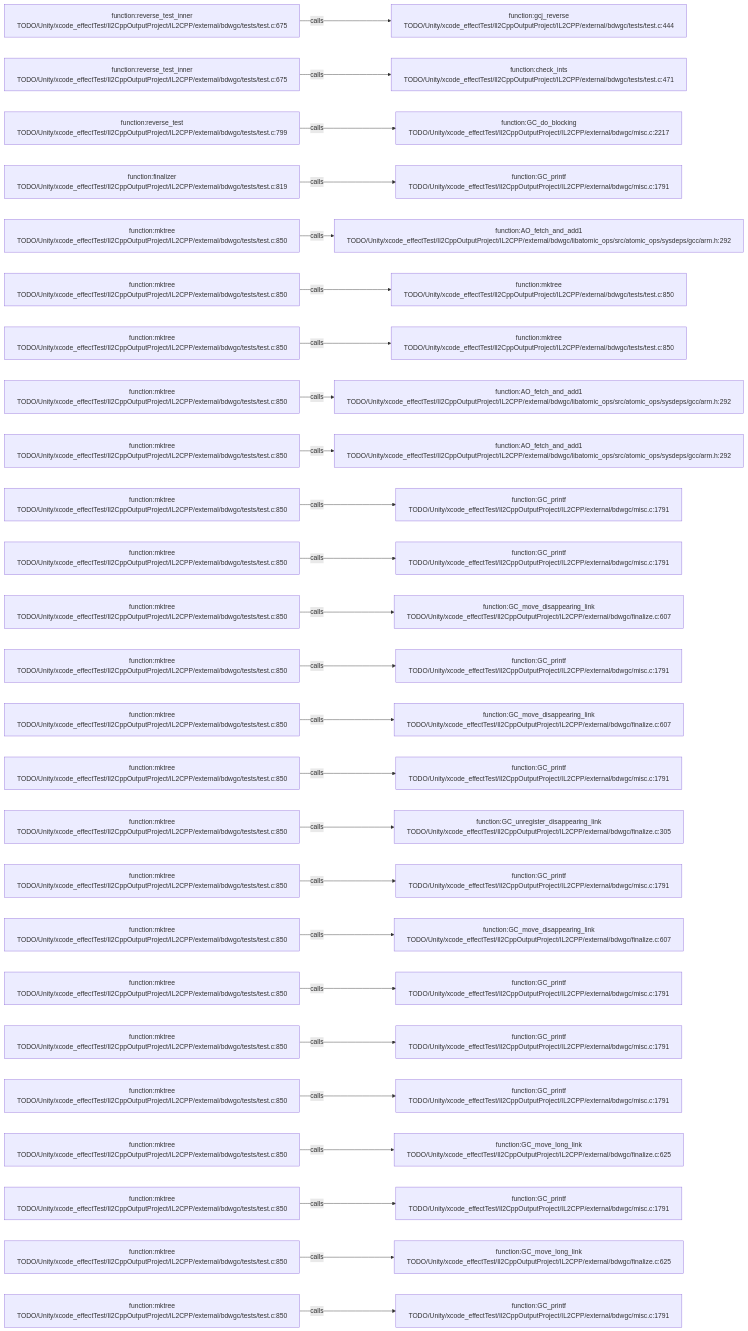
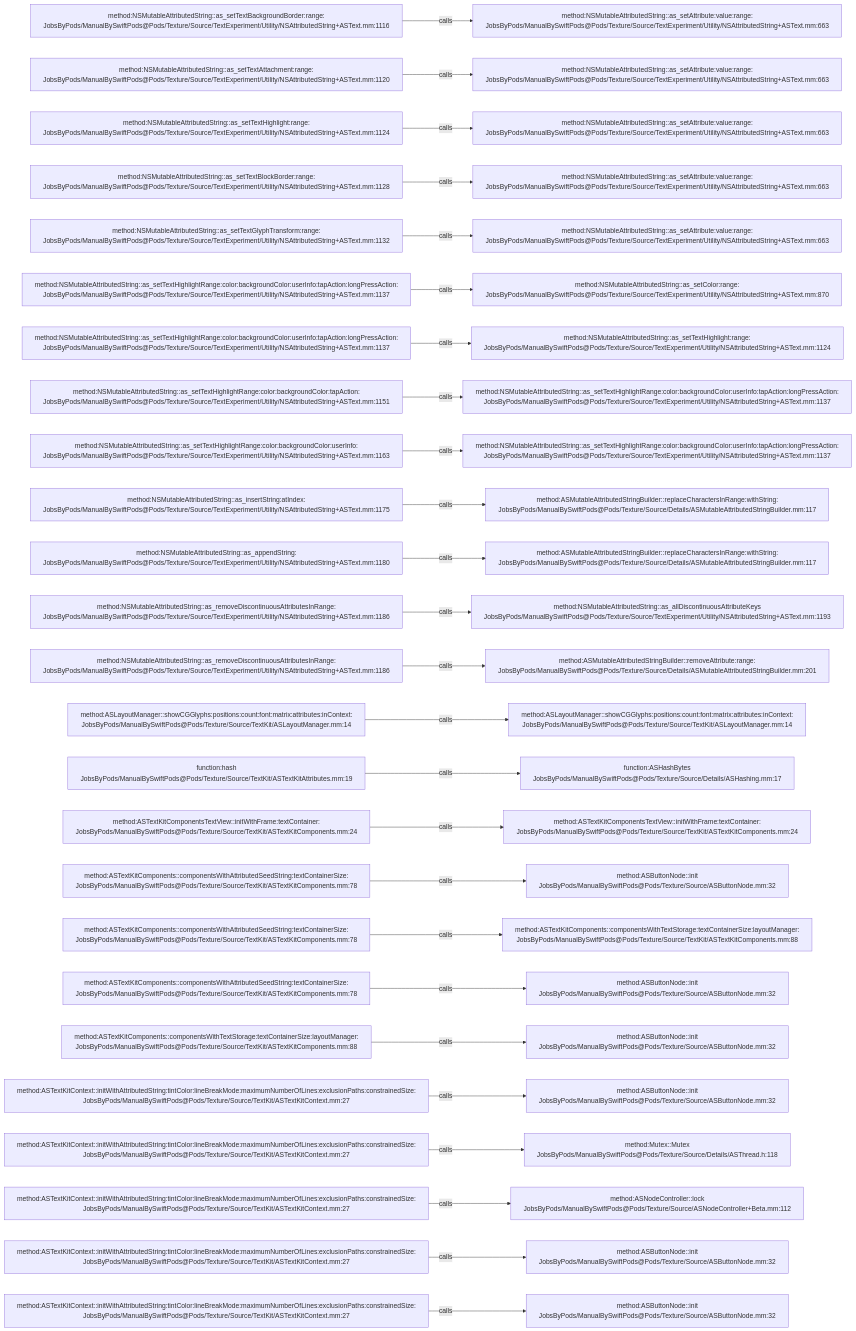
One commit to JobsKits/JobsSwiftBaseConfigDemo changed the diagram in .codegraph/codegraph.md/graphs/calls-166.md. Above: the diagram before and after it, drawn with Mermaid. The commit also changed 2959 other files, not shown here.

````diff
--- a/.codegraph/codegraph.md/graphs/calls-166.md
+++ b/.codegraph/codegraph.md/graphs/calls-166.md
@@ -13,78 +13,78 @@
 ```mermaid
 flowchart LR
-  S1["function:reverse_test_inner<br/>TODO/Unity/xcode_effectTest/Il2CppOutputProject/IL2CPP/external/bdwgc/tests/test.c:675"]
-  T1["function:gcj_reverse<br/>TODO/Unity/xcode_effectTest/Il2CppOutputProject/IL2CPP/external/bdwgc/tests/test.c:444"]
+  S1["method:NSMutableAttributedString::as_setTextBackgroundBorder:range:<br/>JobsByPods/ManualBySwiftPods@Pods/Texture/Source/TextExperiment/Utility/NSAttributedString+ASText.mm:1116"]
+  T1["method:NSMutableAttributedString::as_setAttribute:value:range:<br/>JobsByPods/ManualBySwiftPods@Pods/Texture/Source/TextExperiment/Utility/NSAttributedString+ASText.mm:663"]
   S1 -->|calls| T1
-  S2["function:reverse_test_inner<br/>TODO/Unity/xcode_effectTest/Il2CppOutputProject/IL2CPP/external/bdwgc/tests/test.c:675"]
-  T2["function:check_ints<br/>TODO/Unity/xcode_effectTest/Il2CppOutputProject/IL2CPP/external/bdwgc/tests/test.c:471"]
+  S2["method:NSMutableAttributedString::as_setTextAttachment:range:<br/>JobsByPods/ManualBySwiftPods@Pods/Texture/Source/TextExperiment/Utility/NSAttributedString+ASText.mm:1120"]
+  T2["method:NSMutableAttributedString::as_setAttribute:value:range:<br/>JobsByPods/ManualBySwiftPods@Pods/Texture/Source/TextExperiment/Utility/NSAttributedString+ASText.mm:663"]
   S2 -->|calls| T2
-  S3["function:reverse_test<br/>TODO/Unity/xcode_effectTest/Il2CppOutputProject/IL2CPP/external/bdwgc/tests/test.c:799"]
-  T3["function:GC_do_blocking<br/>TODO/Unity/xcode_effectTest/Il2CppOutputProject/IL2CPP/external/bdwgc/misc.c:2217"]
+  S3["method:NSMutableAttributedString::as_setTextHighlight:range:<br/>JobsByPods/ManualBySwiftPods@Pods/Texture/Source/TextExperiment/Utility/NSAttributedString+ASText.mm:1124"]
+  T3["method:NSMutableAttributedString::as_setAttribute:value:range:<br/>JobsByPods/ManualBySwiftPods@Pods/Texture/Source/TextExperiment/Utility/NSAttributedString+ASText.mm:663"]
   S3 -->|calls| T3
-  S4["function:finalizer<br/>TODO/Unity/xcode_effectTest/Il2CppOutputProject/IL2CPP/external/bdwgc/tests/test.c:819"]
-  T4["function:GC_printf<br/>TODO/Unity/xcode_effectTest/Il2CppOutputProject/IL2CPP/external/bdwgc/misc.c:1791"]
+  S4["method:NSMutableAttributedString::as_setTextBlockBorder:range:<br/>JobsByPods/ManualBySwiftPods@Pods/Texture/Source/TextExperiment/Utility/NSAttributedString+ASText.mm:1128"]
+  T4["method:NSMutableAttributedString::as_setAttribute:value:range:<br/>JobsByPods/ManualBySwiftPods@Pods/Texture/Source/TextExperiment/Utility/NSAttributedString+ASText.mm:663"]
   S4 -->|calls| T4
-  S5["function:mktree<br/>TODO/Unity/xcode_effectTest/Il2CppOutputProject/IL2CPP/external/bdwgc/tests/test.c:850"]
-  T5["function:AO_fetch_and_add1<br/>TODO/Unity/xcode_effectTest/Il2CppOutputProject/IL2CPP/external/bdwgc/libatomic_ops/src/atomic_ops/sysdeps/gcc/arm.h:292"]
+  S5["method:NSMutableAttributedString::as_setTextGlyphTransform:range:<br/>JobsByPods/ManualBySwiftPods@Pods/Texture/Source/TextExperiment/Utility/NSAttributedString+ASText.mm:1132"]
+  T5["method:NSMutableAttributedString::as_setAttribute:value:range:<br/>JobsByPods/ManualBySwiftPods@Pods/Texture/Source/TextExperiment/Utility/NSAttributedString+ASText.mm:663"]
   S5 -->|calls| T5
-  S6["function:mktree<br/>TODO/Unity/xcode_effectTest/Il2CppOutputProject/IL2CPP/external/bdwgc/tests/test.c:850"]
-  T6["function:mktree<br/>TODO/Unity/xcode_effectTest/Il2CppOutputProject/IL2CPP/external/bdwgc/tests/test.c:850"]
+  S6["method:NSMutableAttributedString::as_setTextHighlightRange:color:backgroundColor:userInfo:tapAction:longPressAction:<br/>JobsByPods/ManualBySwiftPods@Pods/Texture/Source/TextExperiment/Utility/NSAttributedString+ASText.mm:1137"]
+  T6["method:NSMutableAttributedString::as_setColor:range:<br/>JobsByPods/ManualBySwiftPods@Pods/Texture/Source/TextExperiment/Utility/NSAttributedString+ASText.mm:870"]
   S6 -->|calls| T6
-  S7["function:mktree<br/>TODO/Unity/xcode_effectTest/Il2CppOutputProject/IL2CPP/external/bdwgc/tests/test.c:850"]
-  T7["function:mktree<br/>TODO/Unity/xcode_effectTest/Il2CppOutputProject/IL2CPP/external/bdwgc/tests/test.c:850"]
+  S7["method:NSMutableAttributedString::as_setTextHighlightRange:color:backgroundColor:userInfo:tapAction:longPressAction:<br/>JobsByPods/ManualBySwiftPods@Pods/Texture/Source/TextExperiment/Utility/NSAttributedString+ASText.mm:1137"]
+  T7["method:NSMutableAttributedString::as_setTextHighlight:range:<br/>JobsByPods/ManualBySwiftPods@Pods/Texture/Source/TextExperiment/Utility/NSAttributedString+ASText.mm:1124"]
   S7 -->|calls| T7
-  S8["function:mktree<br/>TODO/Unity/xcode_effectTest/Il2CppOutputProject/IL2CPP/external/bdwgc/tests/test.c:850"]
-  T8["function:AO_fetch_and_add1<br/>TODO/Unity/xcode_effectTest/Il2CppOutputProject/IL2CPP/external/bdwgc/libatomic_ops/src/atomic_ops/sysdeps/gcc/arm.h:292"]
+  S8["method:NSMutableAttributedString::as_setTextHighlightRange:color:backgroundColor:tapAction:<br/>JobsByPods/ManualBySwiftPods@Pods/Texture/Source/TextExperiment/Utility/NSAttributedString+ASText.mm:1151"]
+  T8["method:NSMutableAttributedString::as_setTextHighlightRange:color:backgroundColor:userInfo:tapAction:longPressAction:<br/>JobsByPods/ManualBySwiftPods@Pods/Texture/Source/TextExperiment/Utility/NSAttributedString+ASText.mm:1137"]
   S8 -->|calls| T8
-  S9["function:mktree<br/>TODO/Unity/xcode_effectTest/Il2CppOutputProject/IL2CPP/external/bdwgc/tests/test.c:850"]
-  T9["function:AO_fetch_and_add1<br/>TODO/Unity/xcode_effectTest/Il2CppOutputProject/IL2CPP/external/bdwgc/libatomic_ops/src/atomic_ops/sysdeps/gcc/arm.h:292"]
+  S9["method:NSMutableAttributedString::as_setTextHighlightRange:color:backgroundColor:userInfo:<br/>JobsByPods/ManualBySwiftPods@Pods/Texture/Source/TextExperiment/Utility/NSAttributedString+ASText.mm:1163"]
+  T9["method:NSMutableAttributedString::as_setTextHighlightRange:color:backgroundColor:userInfo:tapAction:longPressAction:<br/>JobsByPods/ManualBySwiftPods@Pods/Texture/Source/TextExperiment/Utility/NSAttributedString+ASText.mm:1137"]
   S9 -->|calls| T9
-  S10["function:mktree<br/>TODO/Unity/xcode_effectTest/Il2CppOutputProject/IL2CPP/external/bdwgc/tests/test.c:850"]
-  T10["function:GC_printf<br/>TODO/Unity/xcode_effectTest/Il2CppOutputProject/IL2CPP/external/bdwgc/misc.c:1791"]
+  S10["method:NSMutableAttributedString::as_insertString:atIndex:<br/>JobsByPods/ManualBySwiftPods@Pods/Texture/Source/TextExperiment/Utility/NSAttributedString+ASText.mm:1175"]
+  T10["method:ASMutableAttributedStringBuilder::replaceCharactersInRange:withString:<br/>JobsByPods/ManualBySwiftPods@Pods/Texture/Source/Details/ASMutableAttributedStringBuilder.mm:117"]
   S10 -->|calls| T10
-  S11["function:mktree<br/>TODO/Unity/xcode_effectTest/Il2CppOutputProject/IL2CPP/external/bdwgc/tests/test.c:850"]
-  T11["function:GC_printf<br/>TODO/Unity/xcode_effectTest/Il2CppOutputProject/IL2CPP/external/bdwgc/misc.c:1791"]
+  S11["method:NSMutableAttributedString::as_appendString:<br/>JobsByPods/ManualBySwiftPods@Pods/Texture/Source/TextExperiment/Utility/NSAttributedString+ASText.mm:1180"]
+  T11["method:ASMutableAttributedStringBuilder::replaceCharactersInRange:withString:<br/>JobsByPods/ManualBySwiftPods@Pods/Texture/Source/Details/ASMutableAttributedStringBuilder.mm:117"]
   S11 -->|calls| T11
-  S12["function:mktree<br/>TODO/Unity/xcode_effectTest/Il2CppOutputProject/IL2CPP/external/bdwgc/tests/test.c:850"]
-  T12["function:GC_move_disappearing_link<br/>TODO/Unity/xcode_effectTest/Il2CppOutputProject/IL2CPP/external/bdwgc/finalize.c:607"]
+  S12["method:NSMutableAttributedString::as_removeDiscontinuousAttributesInRange:<br/>JobsByPods/ManualBySwiftPods@Pods/Texture/Source/TextExperiment/Utility/NSAttributedString+ASText.mm:1186"]
+  T12["method:NSMutableAttributedString::as_allDiscontinuousAttributeKeys<br/>JobsByPods/ManualBySwiftPods@Pods/Texture/Source/TextExperiment/Utility/NSAttributedString+ASText.mm:1193"]
   S12 -->|calls| T12
-  S13["function:mktree<br/>TODO/Unity/xcode_effectTest/Il2CppOutputProject/IL2CPP/external/bdwgc/tests/test.c:850"]
-  T13["function:GC_printf<br/>TODO/Unity/xcode_effectTest/Il2CppOutputProject/IL2CPP/external/bdwgc/misc.c:1791"]
+  S13["method:NSMutableAttributedString::as_removeDiscontinuousAttributesInRange:<br/>JobsByPods/ManualBySwiftPods@Pods/Texture/Source/TextExperiment/Utility/NSAttributedString+ASText.mm:1186"]
+  T13["method:ASMutableAttributedStringBuilder::removeAttribute:range:<br/>JobsByPods/ManualBySwiftPods@Pods/Texture/Source/Details/ASMutableAttributedStringBuilder.mm:201"]
   S13 -->|calls| T13
-  S14["function:mktree<br/>TODO/Unity/xcode_effectTest/Il2CppOutputProject/IL2CPP/external/bdwgc/tests/test.c:850"]
-  T14["function:GC_move_disappearing_link<br/>TODO/Unity/xcode_effectTest/Il2CppOutputProject/IL2CPP/external/bdwgc/finalize.c:607"]
+  S14["method:ASLayoutManager::showCGGlyphs:positions:count:font:matrix:attributes:inContext:<br/>JobsByPods/ManualBySwiftPods@Pods/Texture/Source/TextKit/ASLayoutManager.mm:14"]
+  T14["method:ASLayoutManager::showCGGlyphs:positions:count:font:matrix:attributes:inContext:<br/>JobsByPods/ManualBySwiftPods@Pods/Texture/Source/TextKit/ASLayoutManager.mm:14"]
   S14 -->|calls| T14
-  S15["function:mktree<br/>TODO/Unity/xcode_effectTest/Il2CppOutputProject/IL2CPP/external/bdwgc/tests/test.c:850"]
-  T15["function:GC_printf<br/>TODO/Unity/xcode_effectTest/Il2CppOutputProject/IL2CPP/external/bdwgc/misc.c:1791"]
+  S15["function:hash<br/>JobsByPods/ManualBySwiftPods@Pods/Texture/Source/TextKit/ASTextKitAttributes.mm:19"]
+  T15["function:ASHashBytes<br/>JobsByPods/ManualBySwiftPods@Pods/Texture/Source/Details/ASHashing.mm:17"]
   S15 -->|calls| T15
-  S16["function:mktree<br/>TODO/Unity/xcode_effectTest/Il2CppOutputProject/IL2CPP/external/bdwgc/tests/test.c:850"]
-  T16["function:GC_unregister_disappearing_link<br/>TODO/Unity/xcode_effectTest/Il2CppOutputProject/IL2CPP/external/bdwgc/finalize.c:305"]
+  S16["method:ASTextKitComponentsTextView::initWithFrame:textContainer:<br/>JobsByPods/ManualBySwiftPods@Pods/Texture/Source/TextKit/ASTextKitComponents.mm:24"]
+  T16["method:ASTextKitComponentsTextView::initWithFrame:textContainer:<br/>JobsByPods/ManualBySwiftPods@Pods/Texture/Source/TextKit/ASTextKitComponents.mm:24"]
   S16 -->|calls| T16
-  S17["function:mktree<br/>TODO/Unity/xcode_effectTest/Il2CppOutputProject/IL2CPP/external/bdwgc/tests/test.c:850"]
-  T17["function:GC_printf<br/>TODO/Unity/xcode_effectTest/Il2CppOutputProject/IL2CPP/external/bdwgc/misc.c:1791"]
+  S17["method:ASTextKitComponents::componentsWithAttributedSeedString:textContainerSize:<br/>JobsByPods/ManualBySwiftPods@Pods/Texture/Source/TextKit/ASTextKitComponents.mm:78"]
+  T17["method:ASButtonNode::init<br/>JobsByPods/ManualBySwiftPods@Pods/Texture/Source/ASButtonNode.mm:32"]
   S17 -->|calls| T17
-  S18["function:mktree<br/>TODO/Unity/xcode_effectTest/Il2CppOutputProject/IL2CPP/external/bdwgc/tests/test.c:850"]
-  T18["function:GC_move_disappearing_link<br/>TODO/Unity/xcode_effectTest/Il2CppOutputProject/IL2CPP/external/bdwgc/finalize.c:607"]
+  S18["method:ASTextKitComponents::componentsWithAttributedSeedString:textContainerSize:<br/>JobsByPods/ManualBySwiftPods@Pods/Texture/Source/TextKit/ASTextKitComponents.mm:78"]
+  T18["method:ASTextKitComponents::componentsWithTextStorage:textContainerSize:layoutManager:<br/>JobsByPods/ManualBySwiftPods@Pods/Texture/Source/TextKit/ASTextKitComponents.mm:88"]
   S18 -->|calls| T18
-  S19["function:mktree<br/>TODO/Unity/xcode_effectTest/Il2CppOutputProject/IL2CPP/external/bdwgc/tests/test.c:850"]
-  T19["function:GC_printf<br/>TODO/Unity/xcode_effectTest/Il2CppOutputProject/IL2CPP/external/bdwgc/misc.c:1791"]
+  S19["method:ASTextKitComponents::componentsWithAttributedSeedString:textContainerSize:<br/>JobsByPods/ManualBySwiftPods@Pods/Texture/Source/TextKit/ASTextKitComponents.mm:78"]
+  T19["method:ASButtonNode::init<br/>JobsByPods/ManualBySwiftPods@Pods/Texture/Source/ASButtonNode.mm:32"]
   S19 -->|calls| T19
-  S20["function:mktree<br/>TODO/Unity/xcode_effectTest/Il2CppOutputProject/IL2CPP/external/bdwgc/tests/test.c:850"]
-  T20["function:GC_printf<br/>TODO/Unity/xcode_effectTest/Il2CppOutputProject/IL2CPP/external/bdwgc/misc.c:1791"]
+  S20["method:ASTextKitComponents::componentsWithTextStorage:textContainerSize:layoutManager:<br/>JobsByPods/ManualBySwiftPods@Pods/Texture/Source/TextKit/ASTextKitComponents.mm:88"]
+  T20["method:ASButtonNode::init<br/>JobsByPods/ManualBySwiftPods@Pods/Texture/Source/ASButtonNode.mm:32"]
   S20 -->|calls| T20
-  S21["function:mktree<br/>TODO/Unity/xcode_effectTest/Il2CppOutputProject/IL2CPP/external/bdwgc/tests/test.c:850"]
-  T21["function:GC_printf<br/>TODO/Unity/xcode_effectTest/Il2CppOutputProject/IL2CPP/external/bdwgc/misc.c:1791"]
+  S21["method:ASTextKitContext::initWithAttributedString:tintColor:lineBreakMode:maximumNumberOfLines:exclusionPaths:constrainedSize:<br/>JobsByPods/ManualBySwiftPods@Pods/Texture/Source/TextKit/ASTextKitContext.mm:27"]
+  T21["method:ASButtonNode::init<br/>JobsByPods/ManualBySwiftPods@Pods/Texture/Source/ASButtonNode.mm:32"]
   S21 -->|calls| T21
-  S22["function:mktree<br/>TODO/Unity/xcode_effectTest/Il2CppOutputProject/IL2CPP/external/bdwgc/tests/test.c:850"]
-  T22["function:GC_move_long_link<br/>TODO/Unity/xcode_effectTest/Il2CppOutputProject/IL2CPP/external/bdwgc/finalize.c:625"]
+  S22["method:ASTextKitContext::initWithAttributedString:tintColor:lineBreakMode:maximumNumberOfLines:exclusionPaths:constrainedSize:<br/>JobsByPods/ManualBySwiftPods@Pods/Texture/Source/TextKit/ASTextKitContext.mm:27"]
+  T22["method:Mutex::Mutex<br/>JobsByPods/ManualBySwiftPods@Pods/Texture/Source/Details/ASThread.h:118"]
   S22 -->|calls| T22
-  S23["function:mktree<br/>TODO/Unity/xcode_effectTest/Il2CppOutputProject/IL2CPP/external/bdwgc/tests/test.c:850"]
-  T23["function:GC_printf<br/>TODO/Unity/xcode_effectTest/Il2CppOutputProject/IL2CPP/external/bdwgc/misc.c:1791"]
+  S23["method:ASTextKitContext::initWithAttributedString:tintColor:lineBreakMode:maximumNumberOfLines:exclusionPaths:constrainedSize:<br/>JobsByPods/ManualBySwiftPods@Pods/Texture/Source/TextKit/ASTextKitContext.mm:27"]
+  T23["method:ASNodeController::lock<br/>JobsByPods/ManualBySwiftPods@Pods/Texture/Source/ASNodeController+Beta.mm:112"]
   S23 -->|calls| T23
-  S24["function:mktree<br/>TODO/Unity/xcode_effectTest/Il2CppOutputProject/IL2CPP/external/bdwgc/tests/test.c:850"]
-  T24["function:GC_move_long_link<br/>TODO/Unity/xcode_effectTest/Il2CppOutputProject/IL2CPP/external/bdwgc/finalize.c:625"]
+  S24["method:ASTextKitContext::initWithAttributedString:tintColor:lineBreakMode:maximumNumberOfLines:exclusionPaths:constrainedSize:<br/>JobsByPods/ManualBySwiftPods@Pods/Texture/Source/TextKit/ASTextKitContext.mm:27"]
+  T24["method:ASButtonNode::init<br/>JobsByPods/ManualBySwiftPods@Pods/Texture/Source/ASButtonNode.mm:32"]
   S24 -->|calls| T24
-  S25["function:mktree<br/>TODO/Unity/xcode_effectTest/Il2CppOutputProject/IL2CPP/external/bdwgc/tests/test.c:850"]
-  T25["function:GC_printf<br/>TODO/Unity/xcode_effectTest/Il2CppOutputProject/IL2CPP/external/bdwgc/misc.c:1791"]
+  S25["method:ASTextKitContext::initWithAttributedString:tintColor:lineBreakMode:maximumNumberOfLines:exclusionPaths:constrainedSize:<br/>JobsByPods/ManualBySwiftPods@Pods/Texture/Source/TextKit/ASTextKitContext.mm:27"]
+  T25["method:ASButtonNode::init<br/>JobsByPods/ManualBySwiftPods@Pods/Texture/Source/ASButtonNode.mm:32"]
   S25 -->|calls| T25
 ```
````
